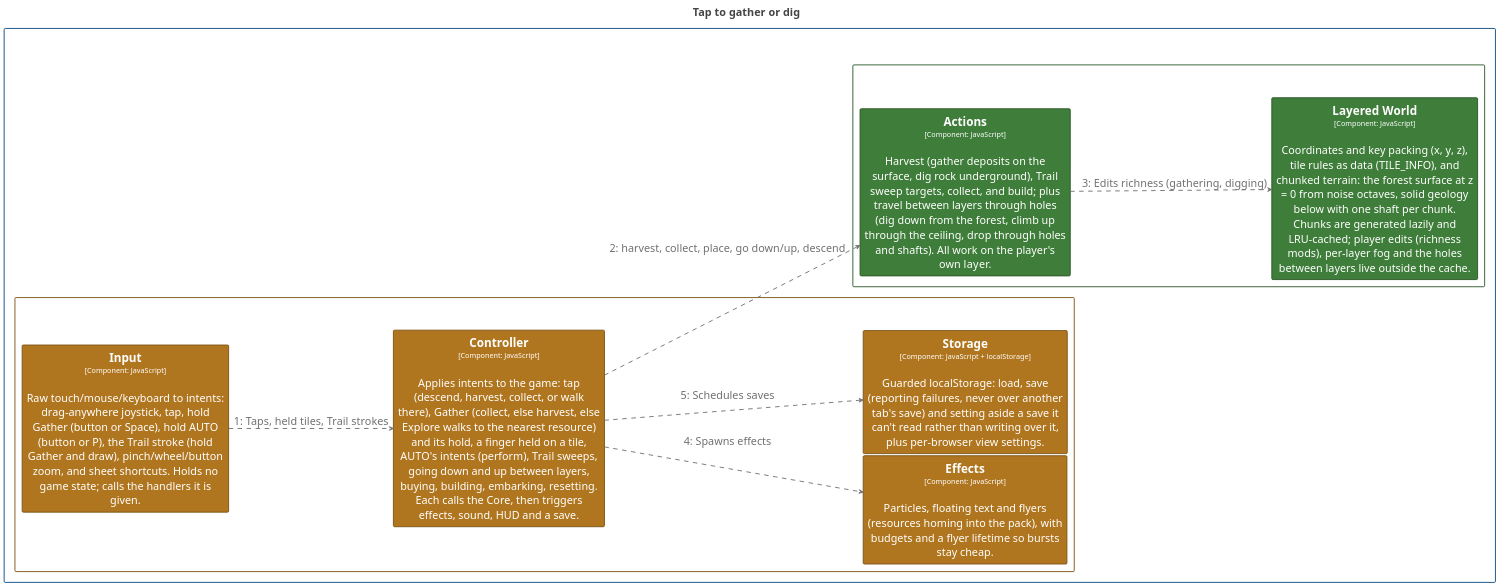
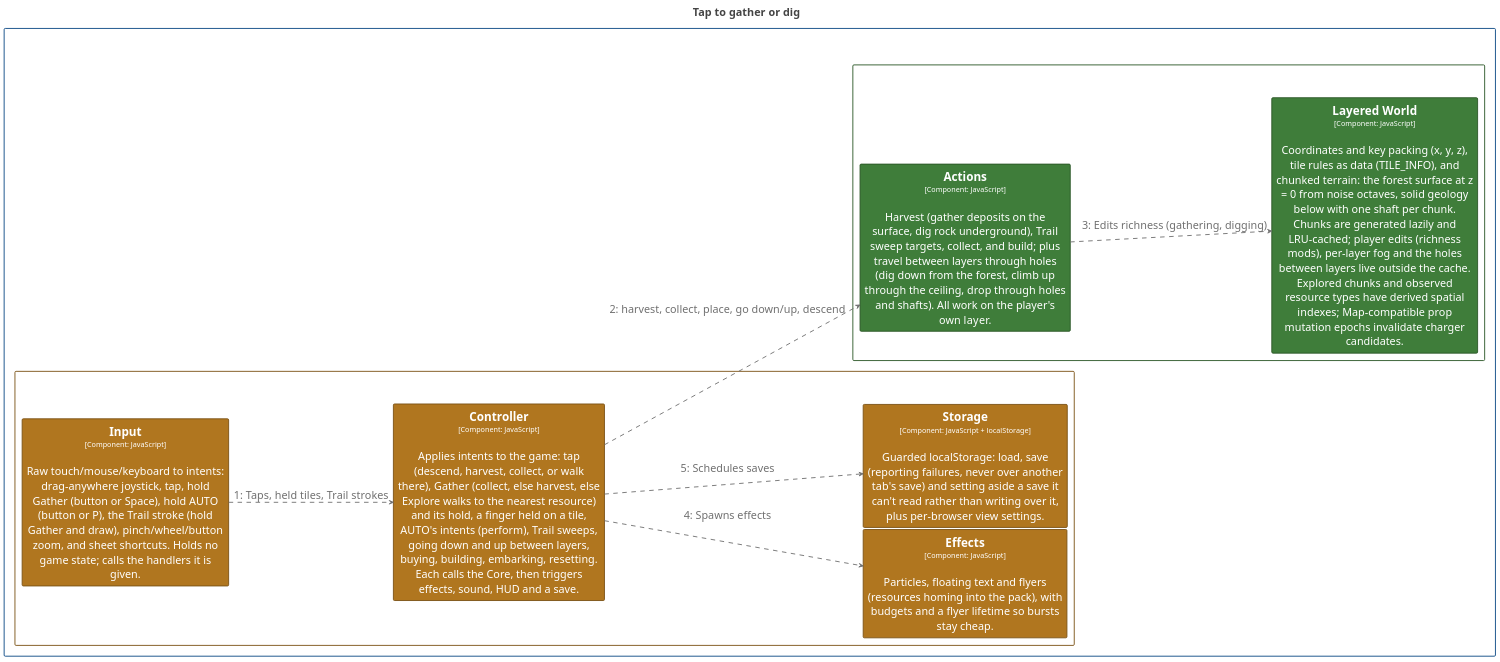
Before and after one commit to bitkojine/more-than-enough: the diagram in structurizr/diagrams/CollectFlow.puml, drawn with PlantUML. The commit also changed 22 other files, not shown here.

```diff
--- a/structurizr/diagrams/CollectFlow.puml
+++ b/structurizr/diagrams/CollectFlow.puml
@@ -2,104 +2,104 @@
 @startuml
 title <size:24>Tap to gather or dig</size>
 
 set separator none
 left to right direction
 skinparam ranksep 20
 skinparam nodesep 5
 hide stereotype
 
 <style>
   root {
     BackgroundColor: #ffffff;
     FontColor: #444444;
   }
   // Element,Component,Core Engine
   .Element-RWxlbWVudCxDb21wb25lbnQsQ29yZSBFbmdpbmU= {
     BackgroundColor: #3f7d3a;
     LineColor: #2c5728;
     LineStyle: 0;
     LineThickness: 2;
     FontColor: #ffffff;
     FontSize: 24;
     HorizontalAlignment: center;
     Shadowing: 0;
     MaximumWidth: 450;
   }
   // Element,Component,Presentation
   .Element-RWxlbWVudCxDb21wb25lbnQsUHJlc2VudGF0aW9u {
     BackgroundColor: #b0761f;
     LineColor: #7b5215;
     LineStyle: 0;
     LineThickness: 2;
     FontColor: #ffffff;
     FontSize: 24;
     HorizontalAlignment: center;
     Shadowing: 0;
     MaximumWidth: 450;
   }
   // Relationship
   .Relationship-UmVsYXRpb25zaGlw {
     LineThickness: 2;
     LineStyle: 10-10;
     LineColor: #707070;
     FontColor: #707070;
     FontSize: 24;
     MaximumWidth: 200;
   }
   // MORE THAN ENOUGH
   .Boundary-TU9SRSBUSEFOIEVOT1VHSA== {
     BackgroundColor: #ffffff;
     LineColor: #0b4884;
     LineStyle: 0;
     LineThickness: 2;
     FontColor: #ffffff;
     FontSize: 24;
     HorizontalAlignment: center;
     Shadowing: 0;
   }
   // Simulation Core
   .Boundary-U2ltdWxhdGlvbiBDb3Jl {
     BackgroundColor: #ffffff;
     LineColor: #2c5728;
     LineStyle: 0;
     LineThickness: 2;
     FontColor: #ffffff;
     FontSize: 24;
     HorizontalAlignment: center;
     Shadowing: 0;
   }
   // Web Application
   .Boundary-V2ViIEFwcGxpY2F0aW9u {
     BackgroundColor: #ffffff;
     LineColor: #7b5215;
     LineStyle: 0;
     LineThickness: 2;
     FontColor: #ffffff;
     FontSize: 24;
     HorizontalAlignment: center;
     Shadowing: 0;
   }
 </style>
 
 rectangle "MORE THAN ENOUGH\n<size:16>[Software System]</size>" <<Boundary-TU9SRSBUSEFOIEVOT1VHSA==>> {
   rectangle "Simulation Core\n<size:16>[Container: JavaScript modules (browser + Node)]</size>" <<Boundary-U2ltdWxhdGlvbiBDb3Jl>> {
-    rectangle "==Layered World\n<size:16>[Component: JavaScript]</size>\n\nCoordinates and key packing (x, y, z), tile rules as data (TILE_INFO), and chunked terrain: the forest surface at z = 0 from noise octaves, solid geology below with one shaft per chunk. Chunks are generated lazily and LRU-cached; player edits (richness mods), per-layer fog and the holes between layers live outside the cache." <<Element-RWxlbWVudCxDb21wb25lbnQsQ29yZSBFbmdpbmU=>> as MORETHANENOUGH.SimulationCore.LayeredWorld
+    rectangle "==Layered World\n<size:16>[Component: JavaScript]</size>\n\nCoordinates and key packing (x, y, z), tile rules as data (TILE_INFO), and chunked terrain: the forest surface at z = 0 from noise octaves, solid geology below with one shaft per chunk. Chunks are generated lazily and LRU-cached; player edits (richness mods), per-layer fog and the holes between layers live outside the cache. Explored chunks and observed resource types have derived spatial indexes; Map-compatible prop mutation epochs invalidate charger candidates." <<Element-RWxlbWVudCxDb21wb25lbnQsQ29yZSBFbmdpbmU=>> as MORETHANENOUGH.SimulationCore.LayeredWorld
     rectangle "==Actions\n<size:16>[Component: JavaScript]</size>\n\nHarvest (gather deposits on the surface, dig rock underground), Trail sweep targets, collect, and build; plus travel between layers through holes (dig down from the forest, climb up through the ceiling, drop through holes and shafts). All work on the player's own layer." <<Element-RWxlbWVudCxDb21wb25lbnQsQ29yZSBFbmdpbmU=>> as MORETHANENOUGH.SimulationCore.Actions
   }
 
   rectangle "Web Application\n<size:16>[Container: HTML/CSS/JavaScript modules]</size>" <<Boundary-V2ViIEFwcGxpY2F0aW9u>> {
     rectangle "==Effects\n<size:16>[Component: JavaScript]</size>\n\nParticles, floating text and flyers (resources homing into the pack), with budgets and a flyer lifetime so bursts stay cheap." <<Element-RWxlbWVudCxDb21wb25lbnQsUHJlc2VudGF0aW9u>> as MORETHANENOUGH.WebApplication.Effects
     rectangle "==Storage\n<size:16>[Component: JavaScript + localStorage]</size>\n\nGuarded localStorage: load, save (reporting failures, never over another tab's save) and setting aside a save it can't read rather than writing over it, plus per-browser view settings." <<Element-RWxlbWVudCxDb21wb25lbnQsUHJlc2VudGF0aW9u>> as MORETHANENOUGH.WebApplication.Storage
     rectangle "==Input\n<size:16>[Component: JavaScript]</size>\n\nRaw touch/mouse/keyboard to intents: drag-anywhere joystick, tap, hold Gather (button or Space), hold AUTO (button or P), the Trail stroke (hold Gather and draw), pinch/wheel/button zoom, and sheet shortcuts. Holds no game state; calls the handlers it is given." <<Element-RWxlbWVudCxDb21wb25lbnQsUHJlc2VudGF0aW9u>> as MORETHANENOUGH.WebApplication.Input
     rectangle "==Controller\n<size:16>[Component: JavaScript]</size>\n\nApplies intents to the game: tap (descend, harvest, collect, or walk there), Gather (collect, else harvest, else Explore walks to the nearest resource) and its hold, a finger held on a tile, AUTO's intents (perform), Trail sweeps, going down and up between layers, buying, building, embarking, resetting. Each calls the Core, then triggers effects, sound, HUD and a save." <<Element-RWxlbWVudCxDb21wb25lbnQsUHJlc2VudGF0aW9u>> as MORETHANENOUGH.WebApplication.Controller
   }
 
 }
 
 MORETHANENOUGH.WebApplication.Input --> MORETHANENOUGH.WebApplication.Controller <<Relationship-UmVsYXRpb25zaGlw>> : "1: Taps, held tiles, Trail strokes"
 MORETHANENOUGH.WebApplication.Controller --> MORETHANENOUGH.SimulationCore.Actions <<Relationship-UmVsYXRpb25zaGlw>> : "2: harvest, collect, place, go down/up, descend"
 MORETHANENOUGH.SimulationCore.Actions --> MORETHANENOUGH.SimulationCore.LayeredWorld <<Relationship-UmVsYXRpb25zaGlw>> : "3: Edits richness (gathering, digging)"
 MORETHANENOUGH.WebApplication.Controller --> MORETHANENOUGH.WebApplication.Effects <<Relationship-UmVsYXRpb25zaGlw>> : "4: Spawns effects"
 MORETHANENOUGH.WebApplication.Controller --> MORETHANENOUGH.WebApplication.Storage <<Relationship-UmVsYXRpb25zaGlw>> : "5: Schedules saves"
 
 @enduml
```
